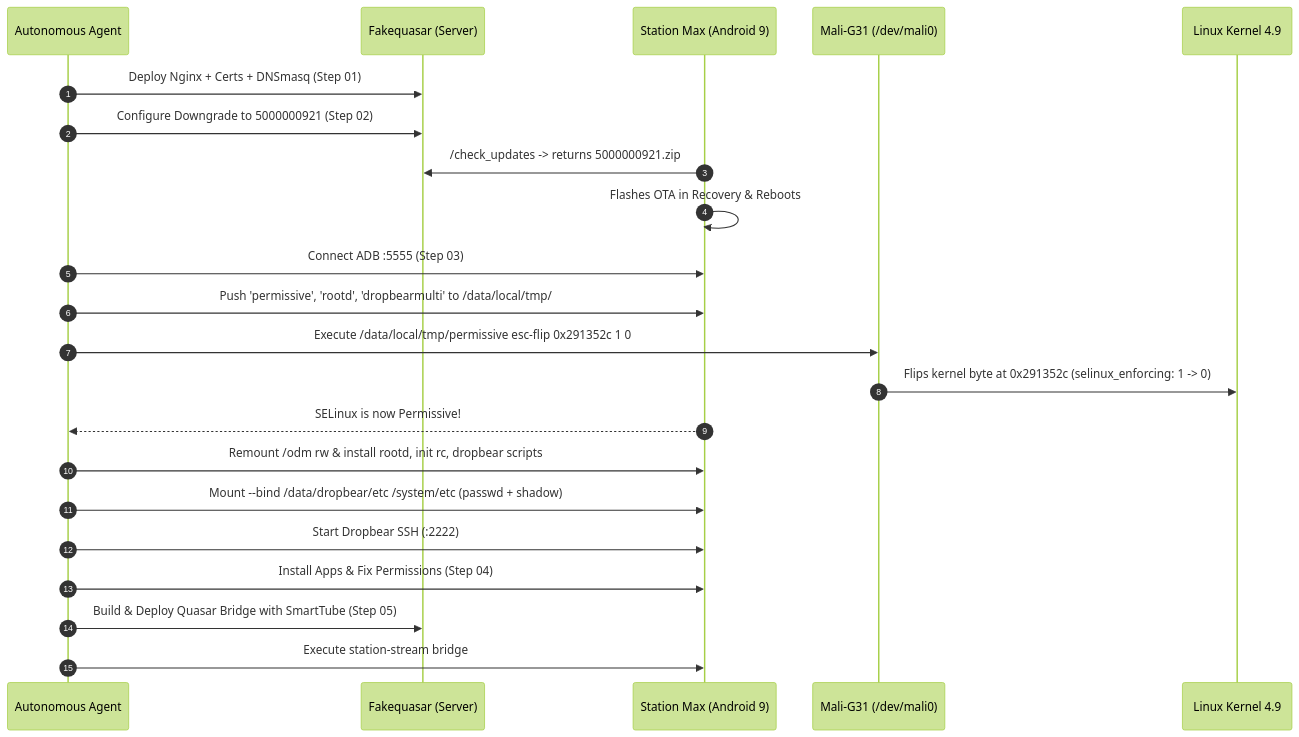
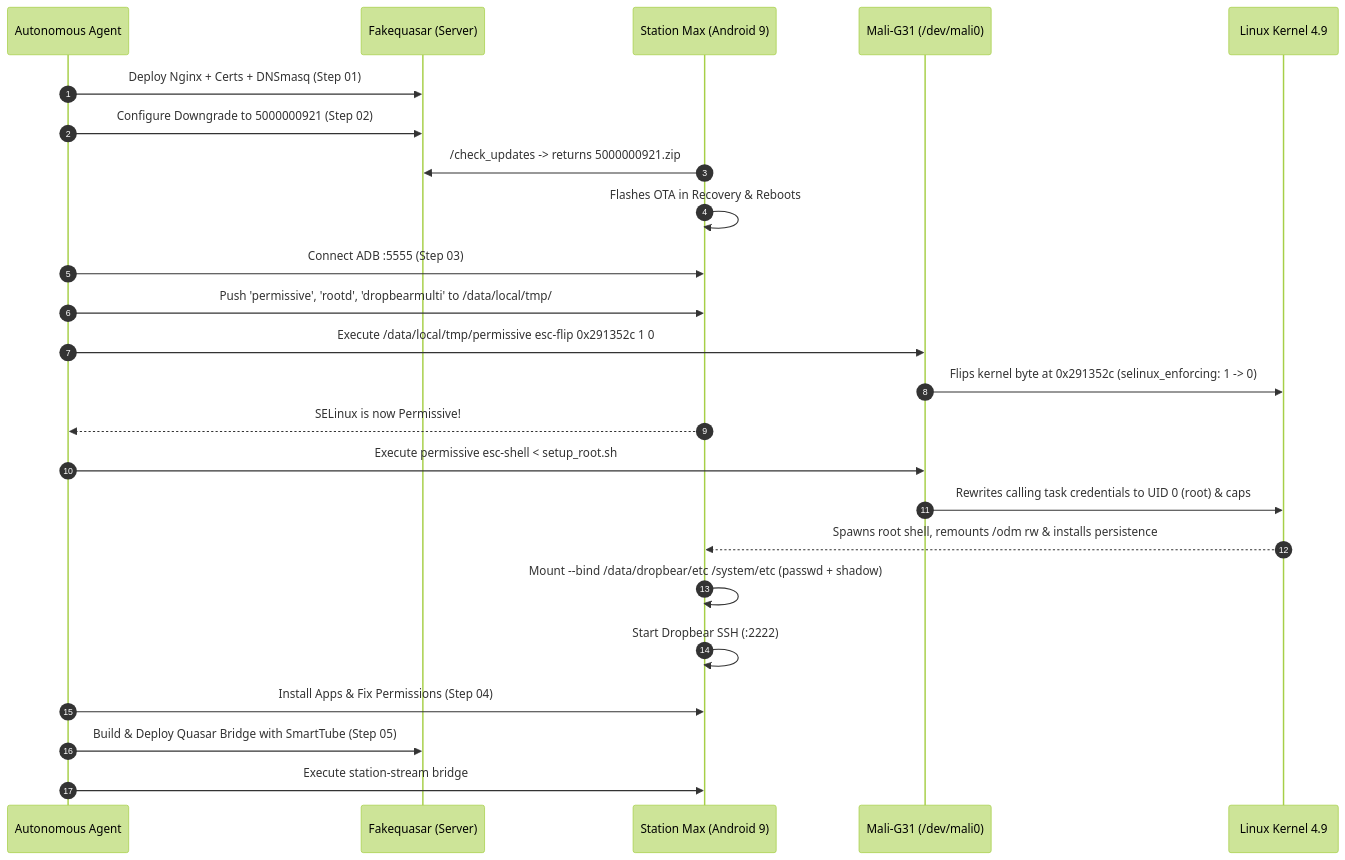
The diagram in AGENT.md (DmitryOkunev/station-max), drawn with Mermaid (forest theme) before and after one commit. The commit also changed other lines of this file and 4 other files, not shown here.

Commit message:
fix(exploit): resolve privilege escalation failure in 03_exploit_root.sh via permissive esc-shell

````diff
--- a/AGENT.md
+++ b/AGENT.md
@@ -76,25 +76,27 @@
 ```mermaid
 sequenceDiagram
     autonumber
     participant Agent as Autonomous Agent
     participant FQ as Fakequasar (Server)
     participant Station as Station Max (Android 9)
     participant GPU as Mali-G31 (/dev/mali0)
     participant Kernel as Linux Kernel 4.9
 
     Agent->>FQ: Deploy Nginx + Certs + DNSmasq (Step 01)
     Agent->>FQ: Configure Downgrade to 5000000921 (Step 02)
     Station->>FQ: /check_updates -> returns 5000000921.zip
     Station->>Station: Flashes OTA in Recovery & Reboots
     Agent->>Station: Connect ADB :5555 (Step 03)
     Agent->>Station: Push 'permissive', 'rootd', 'dropbearmulti' to /data/local/tmp/
     Agent->>GPU: Execute /data/local/tmp/permissive esc-flip 0x291352c 1 0
     GPU->>Kernel: Flips kernel byte at 0x291352c (selinux_enforcing: 1 -> 0)
     Station-->>Agent: SELinux is now Permissive!
-    Agent->>Station: Remount /odm rw & install rootd, init rc, dropbear scripts
-    Agent->>Station: Mount --bind /data/dropbear/etc /system/etc (passwd + shadow)
-    Agent->>Station: Start Dropbear SSH (:2222)
+    Agent->>GPU: Execute permissive esc-shell < setup_root.sh
+    GPU->>Kernel: Rewrites calling task credentials to UID 0 (root) & caps
+    Kernel-->>Station: Spawns root shell, remounts /odm rw & installs persistence
+    Station->>Station: Mount --bind /data/dropbear/etc /system/etc (passwd + shadow)
+    Station->>Station: Start Dropbear SSH (:2222)
     Agent->>Station: Install Apps & Fix Permissions (Step 04)
     Agent->>FQ: Build & Deploy Quasar Bridge with SmartTube (Step 05)
     Agent->>Station: Execute station-stream bridge
 ```
````
